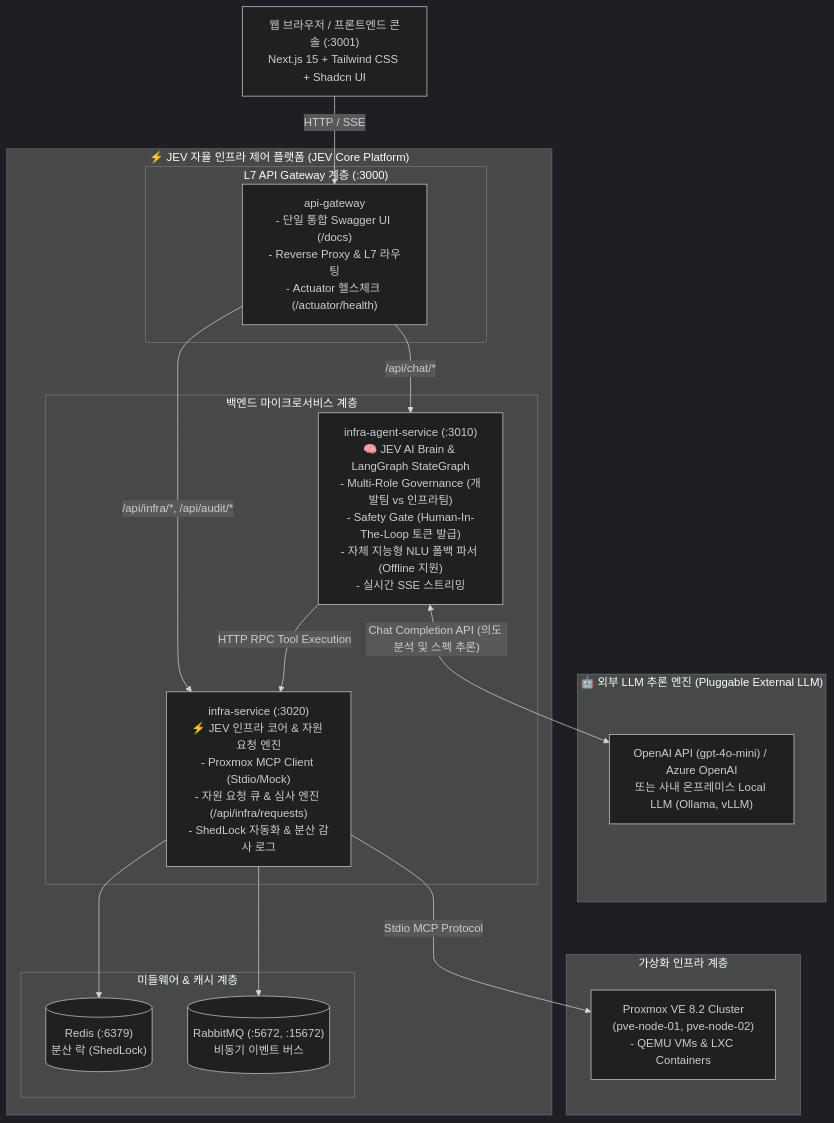
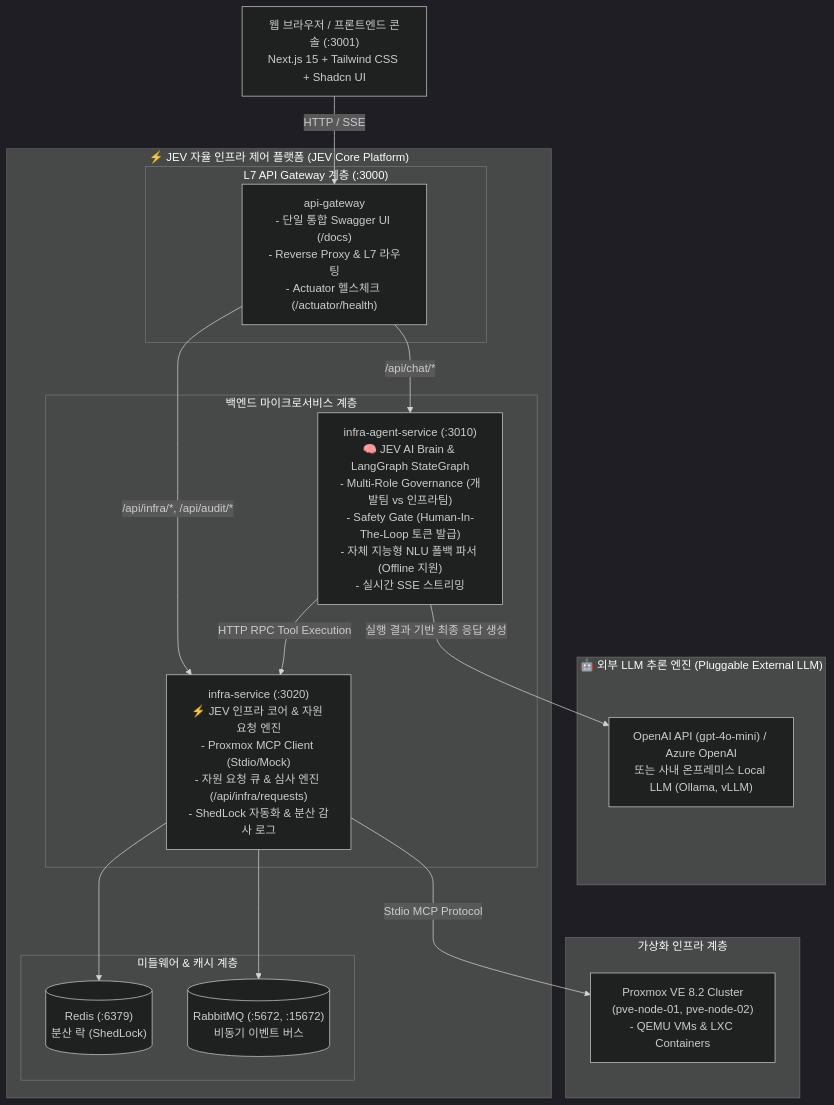
One commit to sjungwon03/jev-langgraph-example changed the first of 2 diagrams in README.md. Above: the diagram before and after it, drawn with Mermaid (dark theme). The commit also changed other lines of this file and 8 other files, not shown here.

````diff
--- a/README.md
+++ b/README.md
@@ -22,40 +22,40 @@
 ```mermaid
 flowchart TB
     Client["웹 브라우저 / 프론트엔드 콘솔 (:3001)<br/>Next.js 15 + Tailwind CSS + Shadcn UI"]
 
     subgraph ExternalLLM ["🤖 외부 LLM 추론 엔진 (Pluggable External LLM)"]
         LLMProvider["OpenAI API (gpt-4o-mini) / Azure OpenAI<br/>또는 사내 온프레미스 Local LLM (Ollama, vLLM)"]
     end
 
     subgraph JEVPlatform ["⚡ JEV 자율 인프라 제어 플랫폼 (JEV Core Platform)"]
         subgraph GatewayLayer ["L7 API Gateway 계층 (:3000)"]
             Gateway["api-gateway<br/>- 단일 통합 Swagger UI (/docs)<br/>- Reverse Proxy & L7 라우팅<br/>- Actuator 헬스체크 (/actuator/health)"]
         end
 
         subgraph ServiceLayer ["백엔드 마이크로서비스 계층"]
             AgentService["infra-agent-service (:3010)<br/>🧠 JEV AI Brain & LangGraph StateGraph<br/>- Multi-Role Governance (개발팀 vs 인프라팀)<br/>- Safety Gate (Human-In-The-Loop 토큰 발급)<br/>- 자체 지능형 NLU 폴백 파서 (Offline 지원)<br/>- 실시간 SSE 스트리밍"]
             InfraService["infra-service (:3020)<br/>⚡ JEV 인프라 코어 & 자원 요청 엔진<br/>- Proxmox MCP Client (Stdio/Mock)<br/>- 자원 요청 큐 & 심사 엔진 (/api/infra/requests)<br/>- ShedLock 자동화 & 분산 감사 로그"]
         end
 
         subgraph StorageLayer ["미들웨어 & 캐시 계층"]
             Redis[("Redis (:6379)<br/>분산 락 (ShedLock)")]
             RabbitMQ[("RabbitMQ (:5672, :15672)<br/>비동기 이벤트 버스")]
         end
     end
 
     subgraph ProxmoxLayer ["가상화 인프라 계층"]
         PVECluster["Proxmox VE 8.2 Cluster<br/>(pve-node-01, pve-node-02)<br/>- QEMU VMs & LXC Containers"]
     end
 
     Client -->|"HTTP / SSE"| Gateway
     Gateway -->|"/api/chat/*"| AgentService
     Gateway -->|"/api/infra/*, /api/audit/*"| InfraService
     
     %% JEV와 외부 LLM 간의 인터페이스
-    AgentService <-->|"Chat Completion API (의도 분석 및 스펙 추론)"| LLMProvider
+    AgentService -->|"실행 결과 기반 최종 응답 생성"| LLMProvider
 
     AgentService -->|"HTTP RPC Tool Execution"| InfraService
     InfraService --> Redis
     InfraService --> RabbitMQ
     InfraService -->|"Stdio MCP Protocol"| PVECluster
 ```
````
